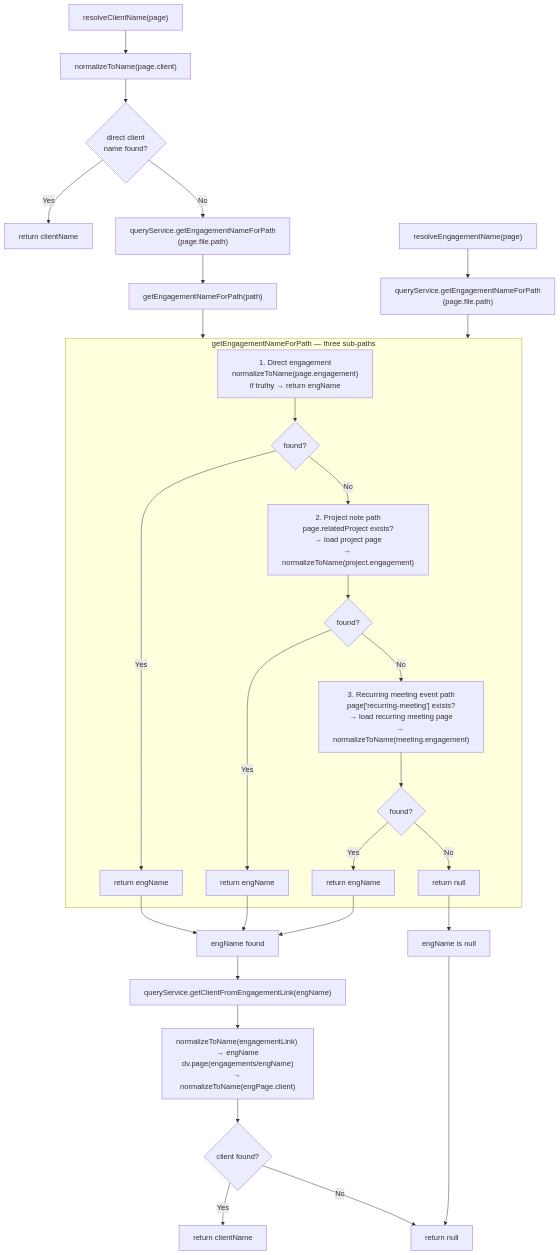
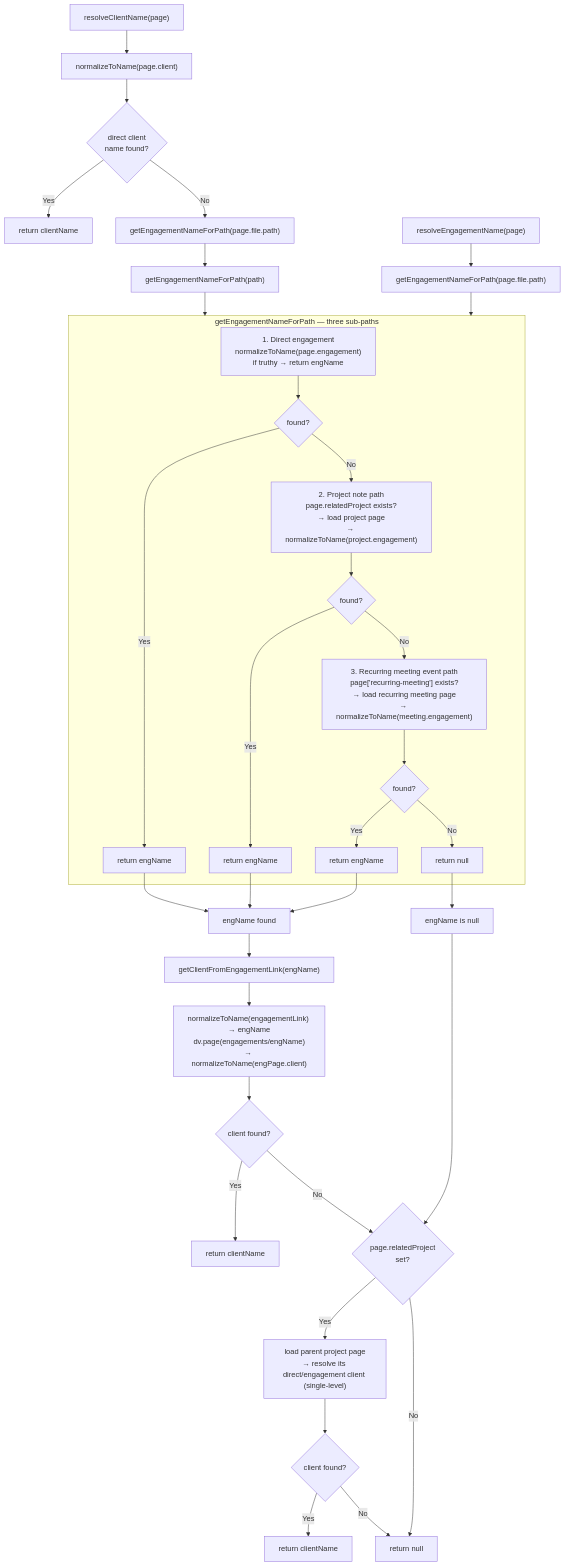
Before and after one commit to segFallt/obsidian-plugin-project-manager: the diagram in docs/plugin/architecture/08-entity-hierarchy-resolution.md, drawn with Mermaid. The commit also changed other lines of this file and 27 other files, not shown here.

Commit message:
P5 — Dissolve the residual QueryService + consolidate hierarchy

````diff
--- a/docs/plugin/architecture/08-entity-hierarchy-resolution.md
+++ b/docs/plugin/architecture/08-entity-hierarchy-resolution.md
@@ -6,48 +7,55 @@
 ```mermaid
 flowchart TD
     A["resolveClientName(page)"] --> B
 
     B["normalizeToName(page.client)"] --> C{direct client\nname found?}
 
     C -->|"Yes"| D["return clientName"]
 
-    C -->|"No"| E["queryService.getEngagementNameForPath\n(page.file.path)"]
+    C -->|"No"| E["getEngagementNameForPath(page.file.path)"]
 
     E --> F["getEngagementNameForPath(path)"]
 
     subgraph EngagementPaths["getEngagementNameForPath — three sub-paths"]
         F1["1. Direct engagement\nnormalizeToName(page.engagement)\nif truthy → return engName"]
         F2["2. Project note path\npage.relatedProject exists?\n→ load project page\n→ normalizeToName(project.engagement)"]
         F3["3. Recurring meeting event path\npage['recurring-meeting'] exists?\n→ load recurring meeting page\n→ normalizeToName(meeting.engagement)"]
 
         F1 --> FA{found?}
         FA -->|"Yes"| FB["return engName"]
         FA -->|"No"| F2
 
         F2 --> FC{found?}
         FC -->|"Yes"| FD["return engName"]
         FC -->|"No"| F3
 
         F3 --> FE{found?}
         FE -->|"Yes"| FF["return engName"]
         FE -->|"No"| FG["return null"]
     end
 
     F --> EngagementPaths
 
     FB --> G["engName found"]
     FD --> G
     FF --> G
     FG --> H["engName is null"]
 
-    G --> I["queryService.getClientFromEngagementLink(engName)"]
+    G --> I["getClientFromEngagementLink(engName)"]
     I --> J["normalizeToName(engagementLink) → engName\ndv.page(engagements/engName)\n→ normalizeToName(engPage.client)"]
     J --> K{client found?}
     K -->|"Yes"| L["return clientName"]
-    K -->|"No"| M["return null"]
+    K -->|"No"| P
 
-    H --> M
+    H --> P
 
-    N["resolveEngagementName(page)"] --> O["queryService.getEngagementNameForPath\n(page.file.path)"]
+    P{page.relatedProject\nset?}
+    P -->|"Yes"| Q["load parent project page\n→ resolve its direct/engagement client (single-level)"]
+    P -->|"No"| M["return null"]
+    Q --> R{client found?}
+    R -->|"Yes"| S["return clientName"]
+    R -->|"No"| M
+
+    N["resolveEngagementName(page)"] --> O["getEngagementNameForPath(page.file.path)"]
     O --> EngagementPaths
 ```
````
